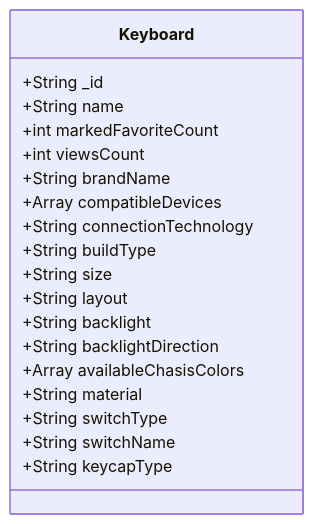
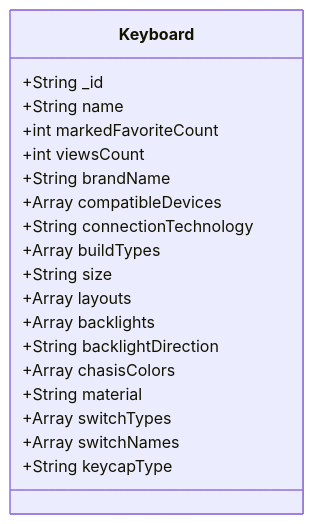
Before and after one commit to Vlastrix/keytastic_backend: the diagram in docs/keyboard.md, drawn with Mermaid. The commit also changed other lines of this file and 3 other files, not shown here.

````diff
--- a/docs/keyboard.md
+++ b/docs/keyboard.md
@@ -2,22 +2,22 @@
 ```mermaid
 classDiagram
     class Keyboard {
         +String _id  
         +String name
         +int markedFavoriteCount
         +int viewsCount
         +String brandName
         +Array<String> compatibleDevices
         +String connectionTechnology
-        +String buildType
+        +Array buildTypes
         +String size
-        +String layout
-        +String backlight
+        +Array layouts
+        +Array backlights
         +String backlightDirection
-        +Array<String> availableChasisColors
+        +Array<String> chasisColors
         +String material
-        +String switchType
-        +String switchName
+        +Array switchTypes
+        +Array switchNames
         +String keycapType
     }
 ```
````
